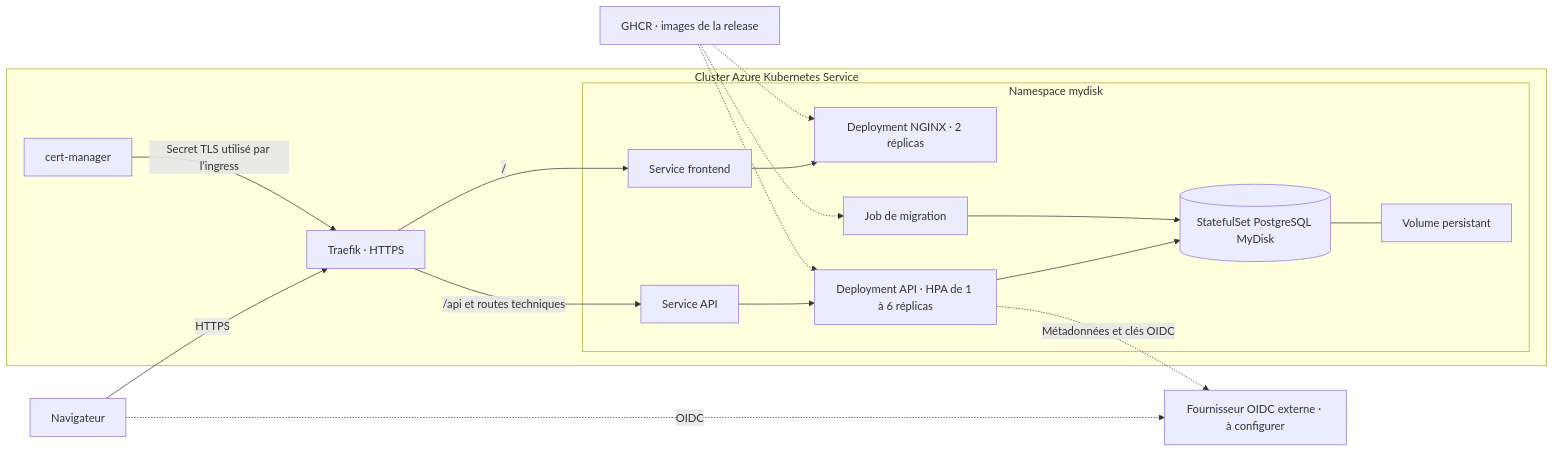
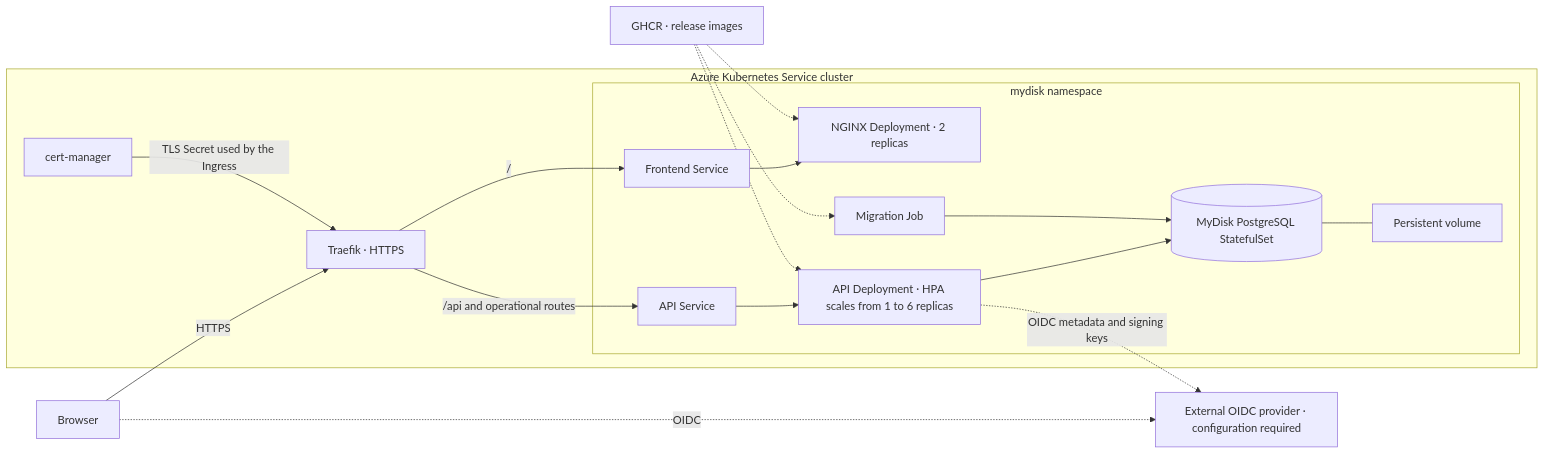
One commit to Fabian-Raeskinet/mydisk-api changed the third of 5 diagrams in docs/ARCHITECTURE.md. Above: the diagram before and after it, drawn with Mermaid. The commit also changed other lines of this file and 5 other files, not shown here.

Commit message:
update documentation: rename use cases file and translate architecture content to English

````diff
--- a/docs/ARCHITECTURE.md
+++ b/docs/ARCHITECTURE.md
@@ -89,33 +89,33 @@
 ```mermaid
 flowchart LR
-    Client["Navigateur"]
-    Provider["Fournisseur OIDC externe · à configurer"]
-    Registry["GHCR · images de la release"]
+    Client["Browser"]
+    Provider["External OIDC provider · configuration required"]
+    Registry["GHCR · release images"]
 
-    subgraph AKS["Cluster Azure Kubernetes Service"]
+    subgraph AKS["Azure Kubernetes Service cluster"]
         Cert["cert-manager"]
         Ingress["Traefik · HTTPS"]
-        subgraph App["Namespace mydisk"]
-            UIService["Service frontend"]
-            UIS["Deployment NGINX · 2 réplicas"]
-            APIService["Service API"]
-            APIS["Deployment API · HPA de 1 à 6 réplicas"]
-            Job["Job de migration"]
-            DB[("StatefulSet PostgreSQL MyDisk")]
-            Volume["Volume persistant"]
+        subgraph App["mydisk namespace"]
+            UIService["Frontend Service"]
+            UIS["NGINX Deployment · 2 replicas"]
+            APIService["API Service"]
+            APIS["API Deployment · HPA scales from 1 to 6 replicas"]
+            Job["Migration Job"]
+            DB[("MyDisk PostgreSQL StatefulSet")]
+            Volume["Persistent volume"]
         end
     end
 
     Client -->|"HTTPS"| Ingress
     Client -.->|"OIDC"| Provider
-    Cert -->|"Secret TLS utilisé par l’ingress"| Ingress
+    Cert -->|"TLS Secret used by the Ingress"| Ingress
     Ingress -->|"/"| UIService --> UIS
-    Ingress -->|"/api et routes techniques"| APIService --> APIS
-    APIS -.->|"Métadonnées et clés OIDC"| Provider
+    Ingress -->|"/api and operational routes"| APIService --> APIS
+    APIS -.->|"OIDC metadata and signing keys"| Provider
     APIS --> DB
     Job --> DB
     DB --- Volume
     Registry -.-> UIS
     Registry -.-> APIS
     Registry -.-> Job
 ```
````
